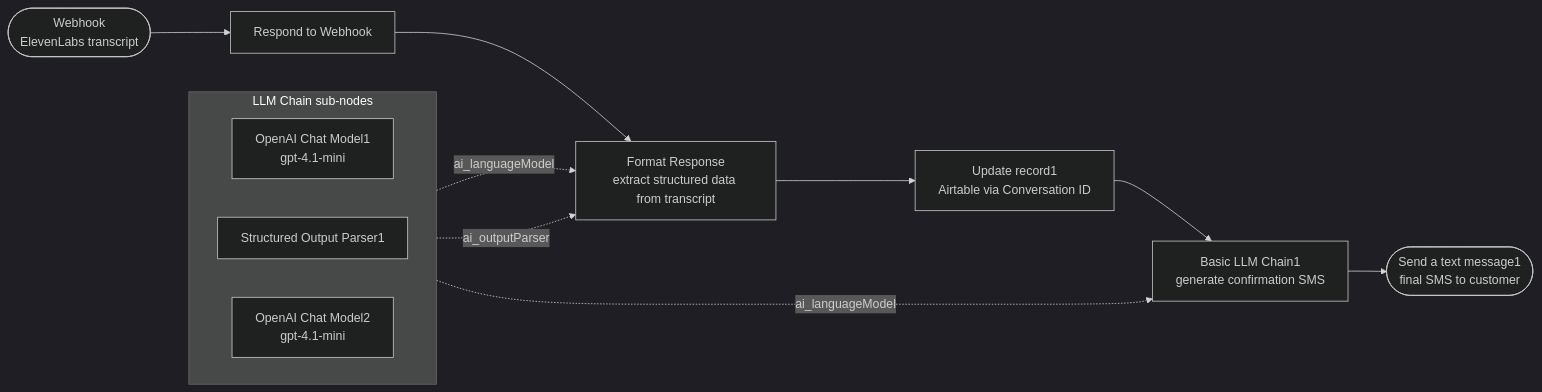
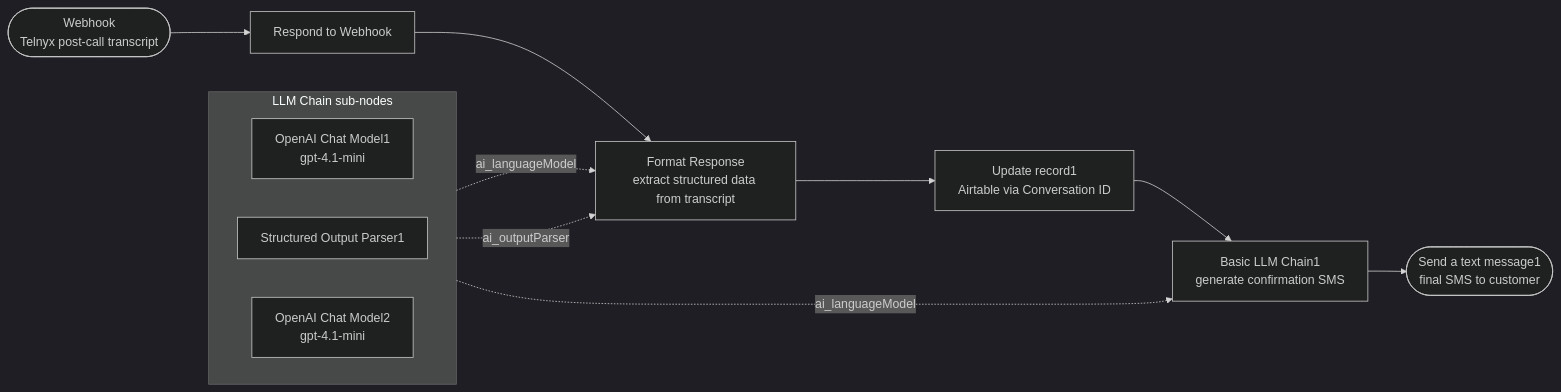
Before and after one commit to kameni-immo/kameni-n8n-automation: the second of 2 diagrams in docs/phone-call-flow.md, drawn with Mermaid (dark theme). The commit also changed other lines of this file and 10 other files, not shown here.

First line of the commit message:
feat(KAN-35): migrate phone channel from ElevenLabs to Telnyx AI

````diff
--- a/docs/phone-call-flow.md
+++ b/docs/phone-call-flow.md
@@ -78,18 +78,18 @@
 ```mermaid
 flowchart LR
-    WH(["Webhook<br/>ElevenLabs transcript"]) --> RW["Respond to Webhook"]
+    WH(["Webhook<br/>Telnyx post-call transcript"]) --> RW["Respond to Webhook"]
     RW --> FR["Format Response<br/>extract structured data from transcript"]
     FR --> UPD1["Update record1<br/>Airtable via Conversation ID"]
     UPD1 --> LLM1["Basic LLM Chain1<br/>generate confirmation SMS"]
     LLM1 --> SMS1(["Send a text message1<br/>final SMS to customer"])
 
     subgraph ai2 ["LLM Chain sub-nodes"]
         direction LR
         OAI1["OpenAI Chat Model1<br/>gpt-4.1-mini"]
         SOP1["Structured Output Parser1"]
         OAI2["OpenAI Chat Model2<br/>gpt-4.1-mini"]
     end
     OAI1 -.->|"ai_languageModel"| FR
     SOP1 -.->|"ai_outputParser"| FR
     OAI2 -.->|"ai_languageModel"| LLM1
 ```
````
